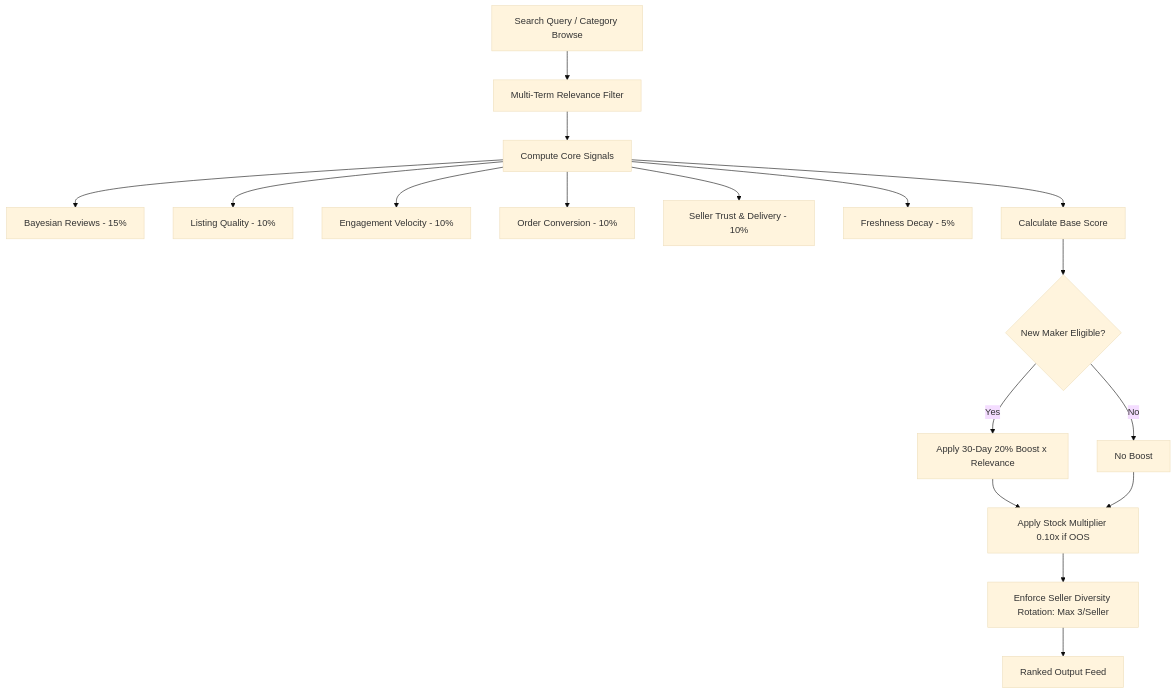
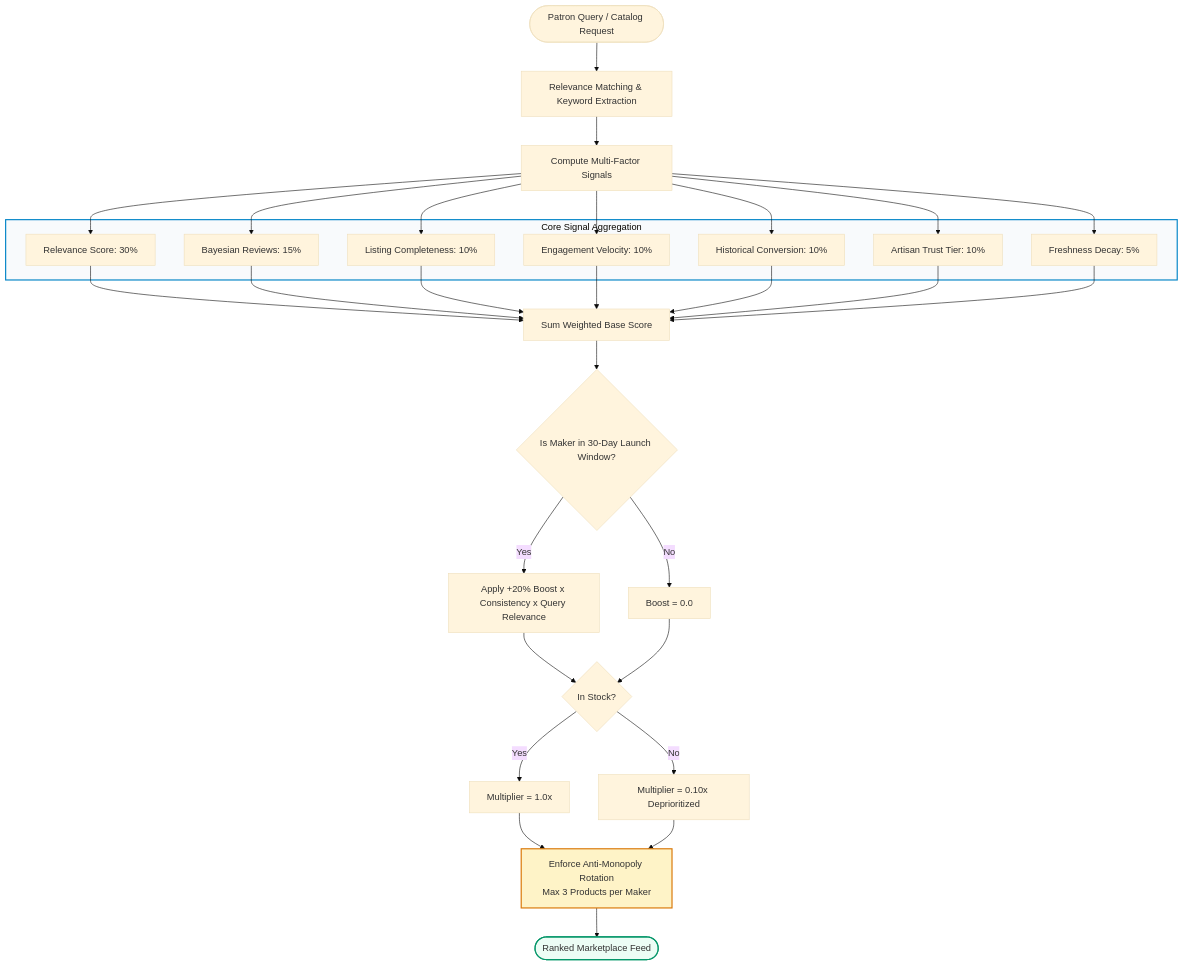
The diagram in README.md (okashaxortlogix/DastKar-Hub), drawn with Mermaid (base theme) before and after one commit. The commit also changed other lines of this file, not shown here.

Commit message:
docs: elevate README to ultra-premium showcase with system architecture and discovery specs

````diff
--- a/README.md
+++ b/README.md
@@ -68,19 +107,37 @@
 ```mermaid
-graph TD
-    A[Search Query / Category Browse] --> B[Multi-Term Relevance Filter]
-    B --> C[Compute Core Signals]
-    C --> C1[Bayesian Reviews - 15%]
-    C --> C2[Listing Quality - 10%]
-    C --> C3[Engagement Velocity - 10%]
-    C --> C4[Order Conversion - 10%]
-    C --> C5[Seller Trust & Delivery - 10%]
-    C --> C6[Freshness Decay - 5%]
-    C --> D[Calculate Base Score]
-    D --> E{New Maker Eligible?}
-    E -- Yes --> F[Apply 30-Day 20% Boost x Relevance]
-    E -- No --> G[No Boost]
-    F --> H[Apply Stock Multiplier 0.10x if OOS]
-    G --> H
-    H --> I[Enforce Seller Diversity Rotation: Max 3/Seller]
-    I --> J[Ranked Output Feed]
+flowchart TD
+    Start([Patron Query / Catalog Request]) --> Filter[Relevance Matching & Keyword Extraction]
+    Filter --> Signals[Compute Multi-Factor Signals]
+    
+    subgraph Signal_Matrix [Core Signal Aggregation]
+        S1[Relevance Score: 30%]
+        S2[Bayesian Reviews: 15%]
+        S3[Listing Completeness: 10%]
+        S4[Engagement Velocity: 10%]
+        S5[Historical Conversion: 10%]
+        S6[Artisan Trust Tier: 10%]
+        S7[Freshness Decay: 5%]
+    end
+    
+    Signals --> S1 & S2 & S3 & S4 & S5 & S6 & S7
+    S1 & S2 & S3 & S4 & S5 & S6 & S7 --> AggScore[Sum Weighted Base Score]
+    
+    AggScore --> CheckBoost{Is Maker in 30-Day Launch Window?}
+    CheckBoost -- Yes --> CalcBoost[Apply +20% Boost x Consistency x Query Relevance]
+    CheckBoost -- No --> NoBoost[Boost = 0.0]
+    
+    CalcBoost --> StockMultiplier{In Stock?}
+    NoBoost --> StockMultiplier
+    
+    StockMultiplier -- Yes --> FullStock[Multiplier = 1.0x]
+    StockMultiplier -- No --> PenaltyStock[Multiplier = 0.10x Deprioritized]
+    
+    FullStock --> AntiMonopoly[Enforce Anti-Monopoly Rotation<br>Max 3 Products per Maker]
+    PenaltyStock --> AntiMonopoly
+    
+    AntiMonopoly --> FinalFeed([Ranked Marketplace Feed])
+
+    style Signal_Matrix fill:#f8fafc,stroke:#0284c7,stroke-width:2px
+    style AntiMonopoly fill:#fef3c7,stroke:#d97706,stroke-width:2px
+    style FinalFeed fill:#ecfdf5,stroke:#059669,stroke-width:2px
 ```
````
